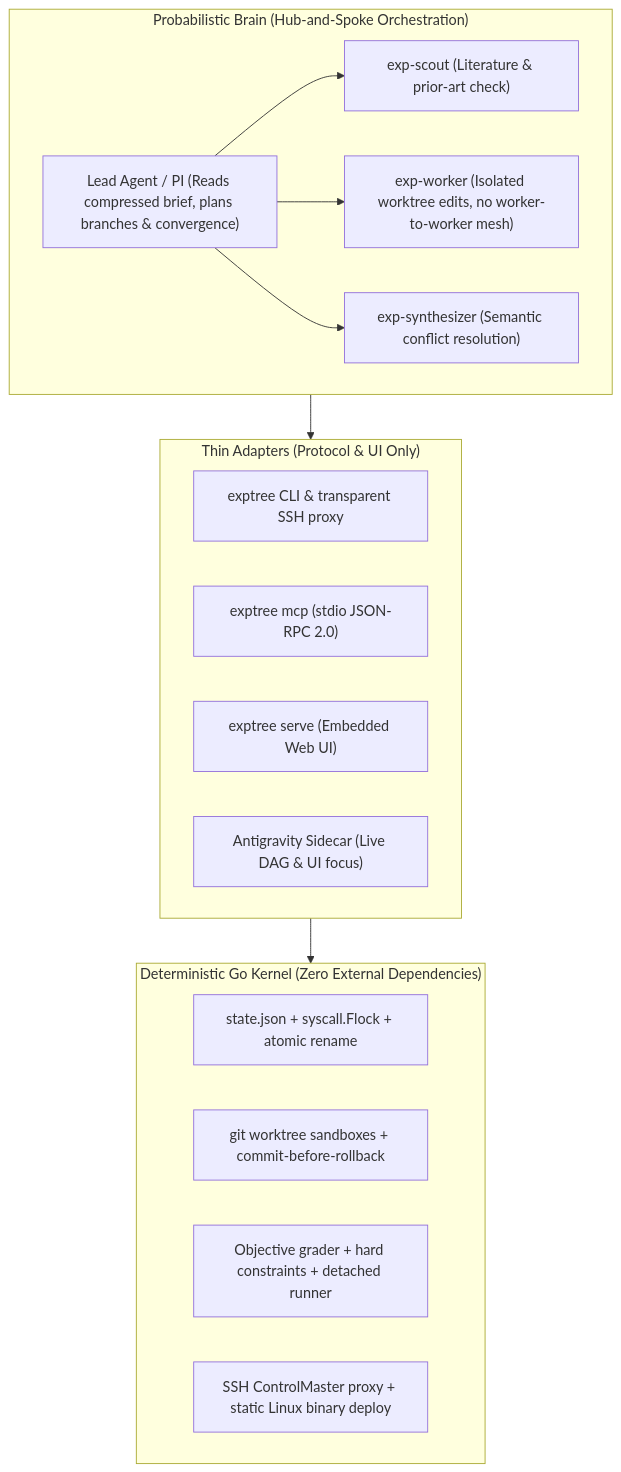
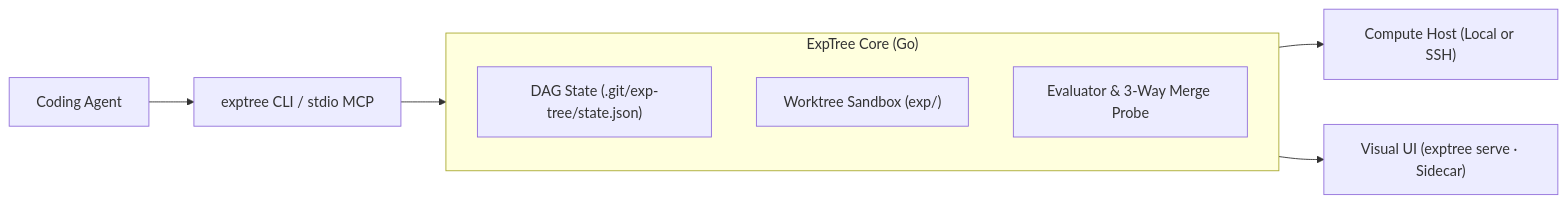
One commit to Sarment/exp-tree changed the diagram in README.md. Above: the diagram before and after it, drawn with Mermaid. The commit also changed other lines of this file and 25 other files, not shown here.

````diff
--- a/README.md
+++ b/README.md
@@ -27,29 +132,13 @@
 ```mermaid
-flowchart TB
-  subgraph Brain["Probabilistic Brain (Hub-and-Spoke Orchestration)"]
-    PI["Lead Agent / PI (Reads compressed brief, plans branches & convergence)"]
-    Scout["exp-scout (Literature & prior-art check)"]
-    Worker["exp-worker (Isolated worktree edits, no worker-to-worker mesh)"]
-    Synth["exp-synthesizer (Semantic conflict resolution)"]
-    PI --> Scout
-    PI --> Worker
-    PI --> Synth
+flowchart LR
+  Agent["Coding Agent"] --> Proto["exptree CLI / stdio MCP"]
+  Proto --> Core
+  subgraph Core["ExpTree Core (Go)"]
+    direction TB
+    State["DAG State (.git/exp-tree/state.json)"]
+    WT["Worktree Sandbox (exp/<node-id>)"]
+    Eval["Evaluator & 3-Way Merge Probe"]
   end
-
-  subgraph Adapters["Thin Adapters (Protocol & UI Only)"]
-    CLI["exptree CLI & transparent SSH proxy"]
-    MCP["exptree mcp (stdio JSON-RPC 2.0)"]
-    Web["exptree serve (Embedded Web UI)"]
-    Sidecar["Antigravity Sidecar (Live DAG & UI focus)"]
-  end
-
-  subgraph Kernel["Deterministic Go Kernel (Zero External Dependencies)"]
-    State["state.json + syscall.Flock + atomic rename"]
-    Git["git worktree sandboxes + commit-before-rollback"]
-    Eval["Objective grader + hard constraints + detached runner"]
-    Remote["SSH ControlMaster proxy + static Linux binary deploy"]
-  end
-
-  Brain --> Adapters
-  Adapters --> Kernel
+  Core --> Host["Compute Host (Local or SSH)"]
+  Core --> UI["Visual UI (exptree serve · Sidecar)"]
 ```
````
